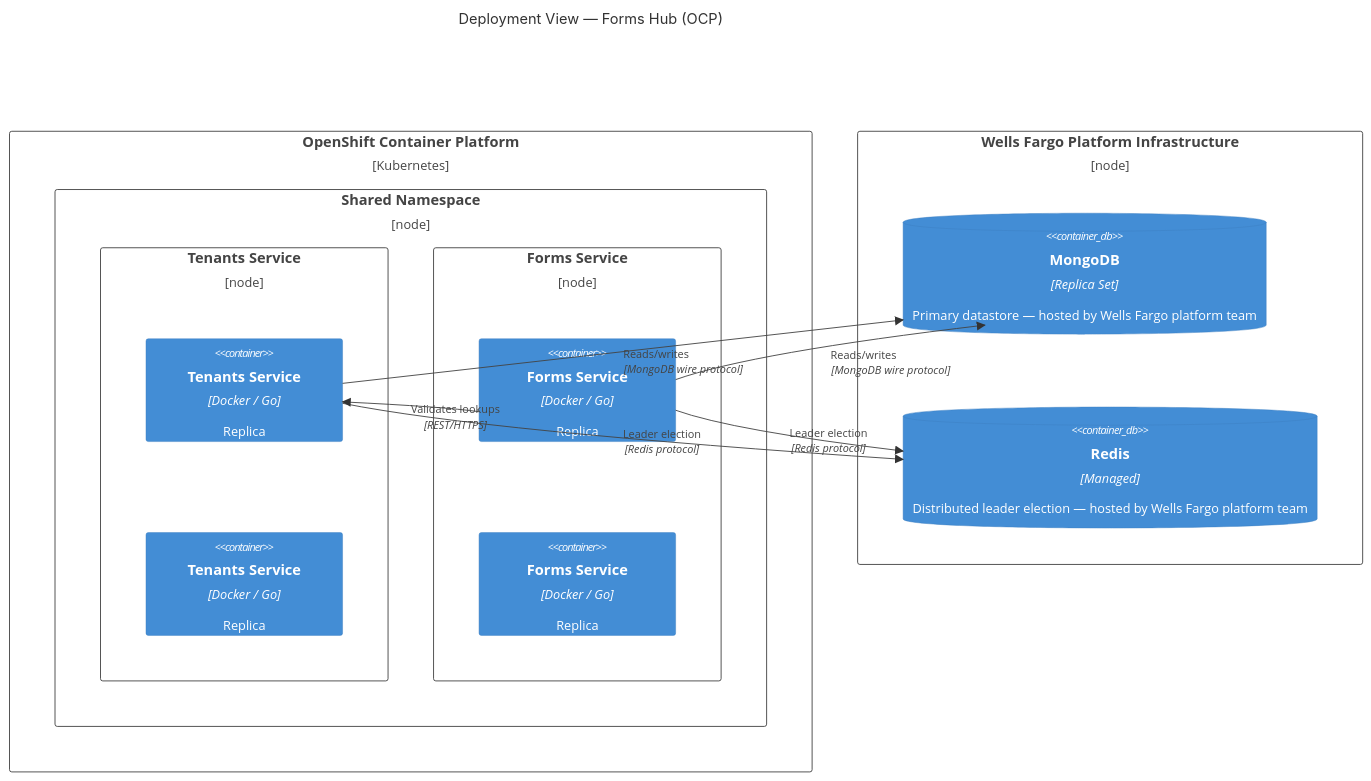
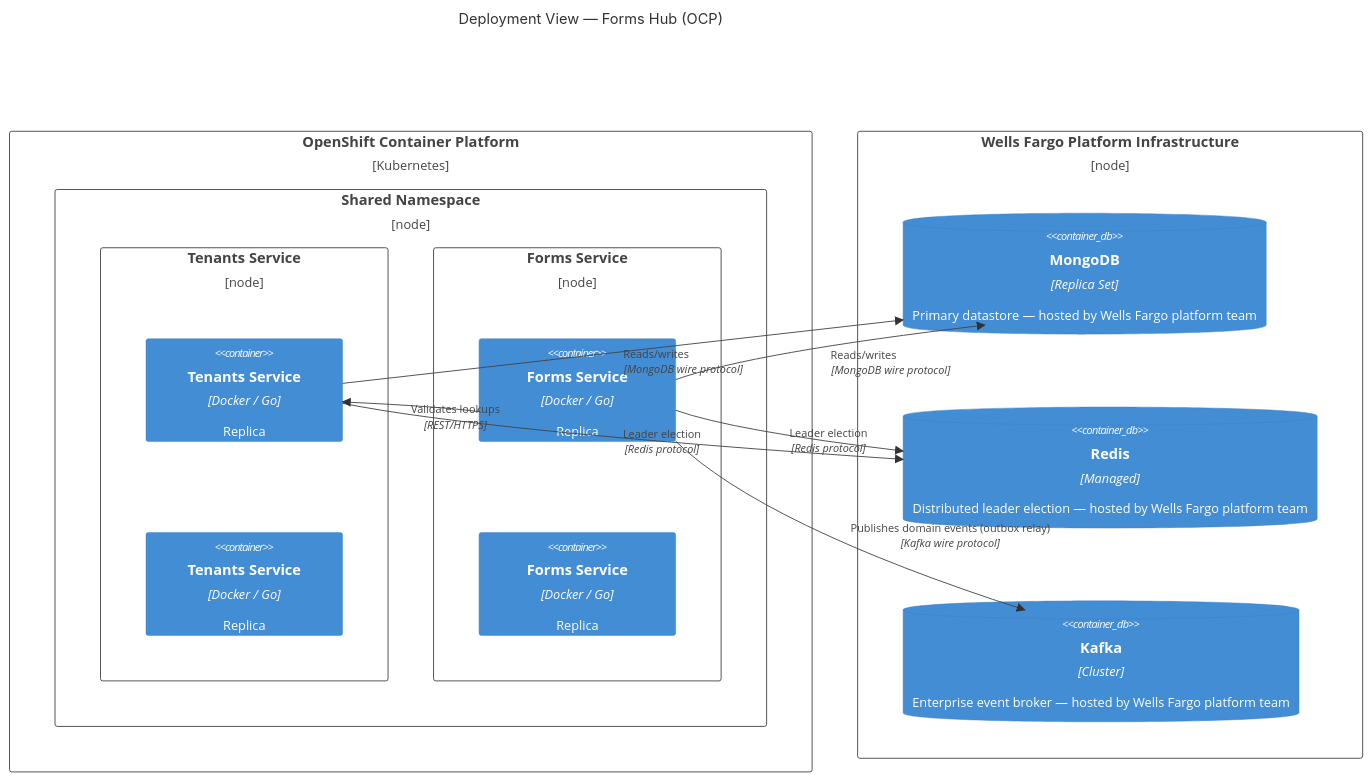
One commit to cmclaughlin24/sundance changed diagram 11 of 11 in backend/docs/architecture.md. Above: the diagram before and after it, drawn with Mermaid. The commit also changed other lines of this file, not shown here.

````diff
--- a/backend/docs/architecture.md
+++ b/backend/docs/architecture.md
@@ -564,28 +580,30 @@
 ```mermaid
 C4Deployment
   title Deployment View — Forms Hub (OCP)
 
   Deployment_Node(ocp, "OpenShift Container Platform", "Kubernetes") {
     Deployment_Node(ns, "Shared Namespace") {
       Deployment_Node(tenantsNs, "Tenants Service") {
         Container(tenantsReplica1, "Tenants Service", "Docker / Go", "Replica")
         Container(tenantsReplica2, "Tenants Service", "Docker / Go", "Replica")
       }
       Deployment_Node(formsNs, "Forms Service") {
         Container(formsReplica1, "Forms Service", "Docker / Go", "Replica")
         Container(formsReplica2, "Forms Service", "Docker / Go", "Replica")
       }
     }
   }
 
   Deployment_Node(infra, "Wells Fargo Platform Infrastructure") {
     ContainerDb(mongo, "MongoDB", "Replica Set", "Primary datastore — hosted by Wells Fargo platform team")
     ContainerDb(redis, "Redis", "Managed", "Distributed leader election — hosted by Wells Fargo platform team")
+    ContainerDb(kafka, "Kafka", "Cluster", "Enterprise event broker — hosted by Wells Fargo platform team")
   }
 
   Rel(tenantsReplica1, mongo, "Reads/writes", "MongoDB wire protocol")
   Rel(tenantsReplica1, redis, "Leader election", "Redis protocol")
   Rel(formsReplica1, mongo, "Reads/writes", "MongoDB wire protocol")
   Rel(formsReplica1, redis, "Leader election", "Redis protocol")
+  Rel(formsReplica1, kafka, "Publishes domain events (outbox relay)", "Kafka wire protocol")
   Rel(formsReplica1, tenantsReplica1, "Validates lookups", "REST/HTTPS")
 ```
````
